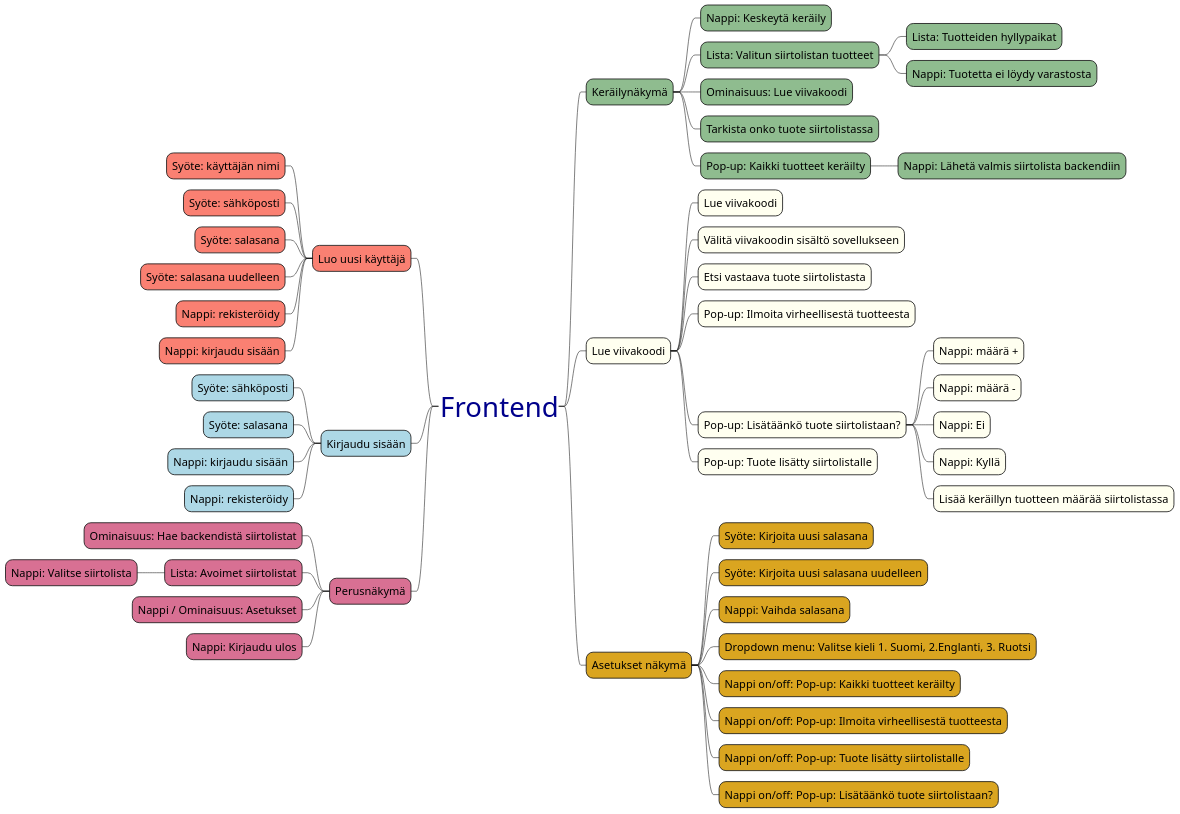
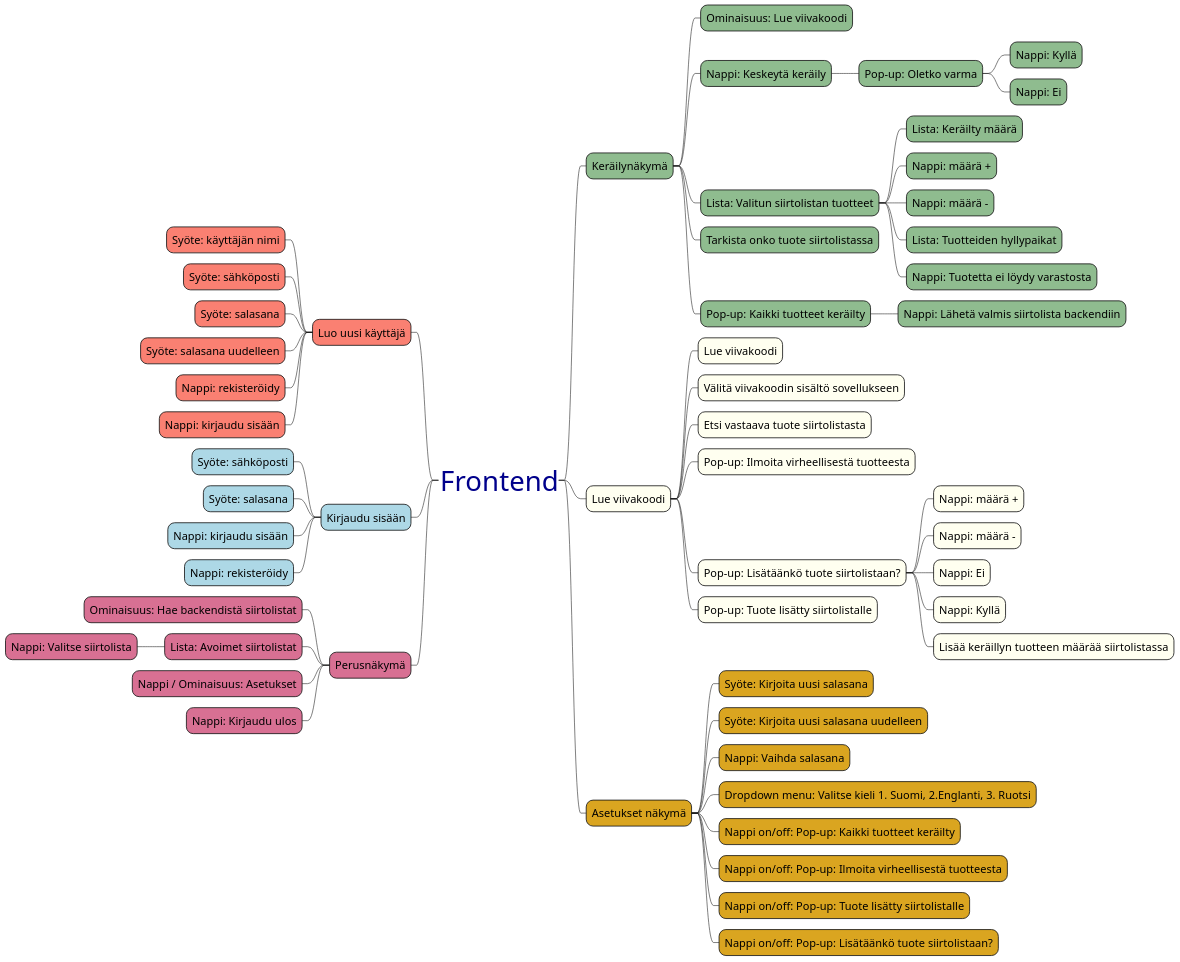
One commit to Pipe80/Varastonhallintasovellus changed the third of 4 diagrams in requirements/vaatimusmaarittely.md. Above: the diagram before and after it, drawn with PlantUML.

Commit message:
Made changes to frontend mindmap based on earlier changes to 'Keräilynäkymä' table.

````diff
--- a/requirements/vaatimusmaarittely.md
+++ b/requirements/vaatimusmaarittely.md
@@ -185,69 +185,75 @@
 ```plantuml
 @startmindmap
 <style>
 mindmapDiagram {
   node {
     FontColor darkblue
     FontSize 50    
   }
 }
 </style>
 +_ Frontend
 <style>
 mindmapDiagram {
   node {
     FontColor black
     FontSize 20
   }
 }
 </style>
 --[#Salmon] Luo uusi käyttäjä
 ---[#Salmon] Syöte: käyttäjän nimi
 ---[#Salmon] Syöte: sähköposti
 ---[#Salmon] Syöte: salasana
 ---[#Salmon] Syöte: salasana uudelleen
 ---[#Salmon] Nappi: rekisteröidy
 ---[#Salmon] Nappi: kirjaudu sisään
 --[#LightBlue] Kirjaudu sisään
 ---[#LightBlue] Syöte: sähköposti
 ---[#LightBlue] Syöte: salasana
 ---[#LightBlue] Nappi: kirjaudu sisään
 ---[#LightBlue] Nappi: rekisteröidy
 --[#PaleVioletRed] Perusnäkymä
 ---[#PaleVioletRed] Ominaisuus: Hae backendistä siirtolistat
 ---[#PaleVioletRed] Lista: Avoimet siirtolistat
 ----[#PaleVioletRed] Nappi: Valitse siirtolista
 ---[#PaleVioletRed] Nappi / Ominaisuus: Asetukset
 ---[#PaleVioletRed] Nappi: Kirjaudu ulos
 ++[#DarkSeaGreen] Keräilynäkymä
++++[#DarkSeaGreen] Ominaisuus: Lue viivakoodi
 +++[#DarkSeaGreen] Nappi: Keskeytä keräily
+++++[#DarkSeaGreen] Pop-up: Oletko varma
++++++[#DarkSeaGreen] Nappi: Kyllä
++++++[#DarkSeaGreen] Nappi: Ei
 +++[#DarkSeaGreen] Lista: Valitun siirtolistan tuotteet
+++++[#DarkSeaGreen] Lista: Keräilty määrä
+++++[#DarkSeaGreen] Nappi: määrä +
+++++[#DarkSeaGreen] Nappi: määrä -
 ++++[#DarkSeaGreen] Lista: Tuotteiden hyllypaikat
 ++++[#DarkSeaGreen] Nappi: Tuotetta ei löydy varastosta
-+++[#DarkSeaGreen] Ominaisuus: Lue viivakoodi
 +++[#DarkSeaGreen] Tarkista onko tuote siirtolistassa
 +++[#DarkSeaGreen] Pop-up: Kaikki tuotteet keräilty
 ++++[#DarkSeaGreen] Nappi: Lähetä valmis siirtolista backendiin
 ++[#Ivory] Lue viivakoodi
 +++[#Ivory] Lue viivakoodi
 +++[#Ivory] Välitä viivakoodin sisältö sovellukseen
 +++[#Ivory] Etsi vastaava tuote siirtolistasta
 +++[#Ivory] Pop-up: Ilmoita virheellisestä tuotteesta
 +++[#Ivory] Pop-up: Lisätäänkö tuote siirtolistaan?
 ++++[#Ivory] Nappi: määrä +
 ++++[#Ivory] Nappi: määrä -
 ++++[#Ivory] Nappi: Ei
 ++++[#Ivory] Nappi: Kyllä
 ++++[#Ivory] Lisää keräillyn tuotteen määrää siirtolistassa
 +++[#Ivory] Pop-up: Tuote lisätty siirtolistalle
 ++[#GoldenRod] Asetukset näkymä
 +++[#GoldenRod] Syöte: Kirjoita uusi salasana
 +++[#GoldenRod] Syöte: Kirjoita uusi salasana uudelleen
 +++[#GoldenRod] Nappi: Vaihda salasana
 +++[#GoldenRod] Dropdown menu: Valitse kieli 1. Suomi, 2.Englanti, 3. Ruotsi
 +++[#GoldenRod] Nappi on/off: Pop-up: Kaikki tuotteet keräilty
 +++[#GoldenRod] Nappi on/off: Pop-up: Ilmoita virheellisestä tuotteesta
 +++[#GoldenRod] Nappi on/off: Pop-up: Tuote lisätty siirtolistalle
 +++[#GoldenRod] Nappi on/off: Pop-up: Lisätäänkö tuote siirtolistaan?
 @endmindmap
 ```
````
